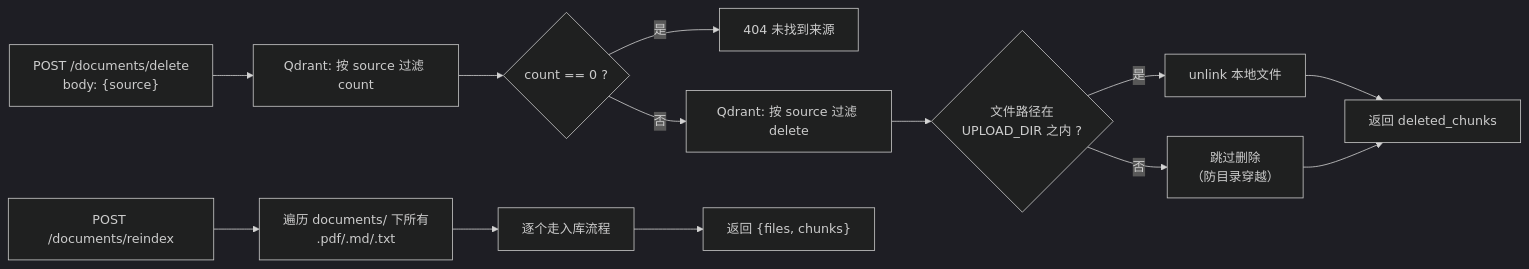
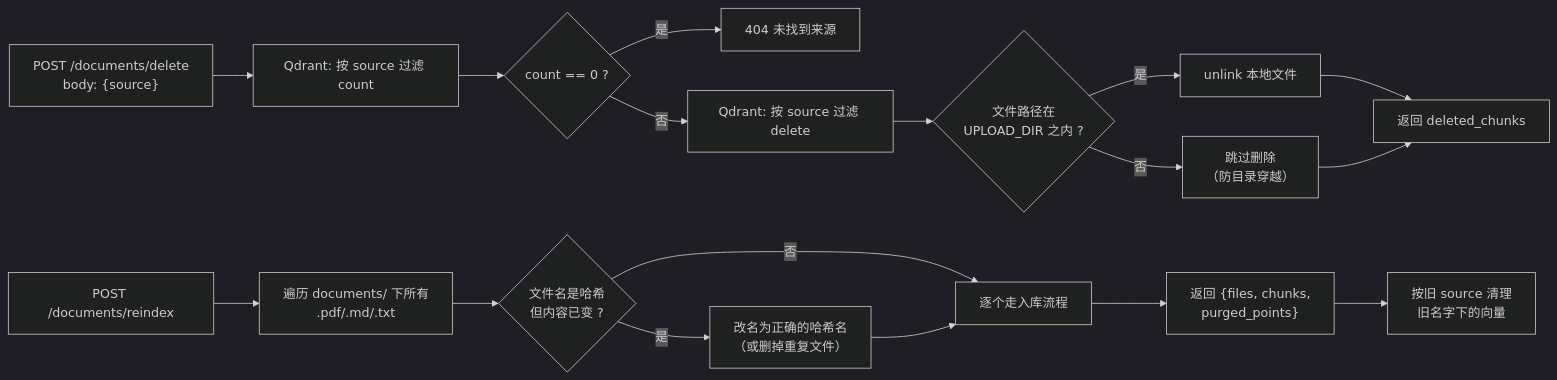
One commit to wutangxuelili/project-zhishiku changed the fourth of 5 diagrams in docs/ARCHITECTURE.md. Above: the diagram before and after it, drawn with Mermaid (dark theme). The commit also changed other lines of this file and 21 other files, not shown here.

````diff
--- a/docs/ARCHITECTURE.md
+++ b/docs/ARCHITECTURE.md
@@ -153,16 +166,20 @@
 ```mermaid
 flowchart LR
     A["POST /documents/delete<br/>body: {source}"] --> B["Qdrant: 按 source 过滤 count"]
     B --> C{"count == 0 ?"}
     C -->|是| D["404 未找到来源"]
     C -->|否| E["Qdrant: 按 source 过滤 delete"]
     E --> F{"文件路径在<br/>UPLOAD_DIR 之内 ?"}
     F -->|是| G["unlink 本地文件"]
     F -->|否| H["跳过删除<br/>（防目录穿越）"]
     G --> I["返回 deleted_chunks"]
     H --> I
 
     J["POST /documents/reindex"] --> K["遍历 documents/ 下所有<br/>.pdf/.md/.txt"]
-    K --> L["逐个走入库流程"]
-    L --> M["返回 {files, chunks}"]
+    K --> K2{"文件名是哈希<br/>但内容已变 ?"}
+    K2 -->|是| K3["改名为正确的哈希名<br/>（或删掉重复文件）"]
+    K2 -->|否| L
+    K3 --> L["逐个走入库流程"]
+    L --> M["返回 {files, chunks,<br/>purged_points}"]
+    M --> N["按旧 source 清理<br/>旧名字下的向量"]
 ```
````
